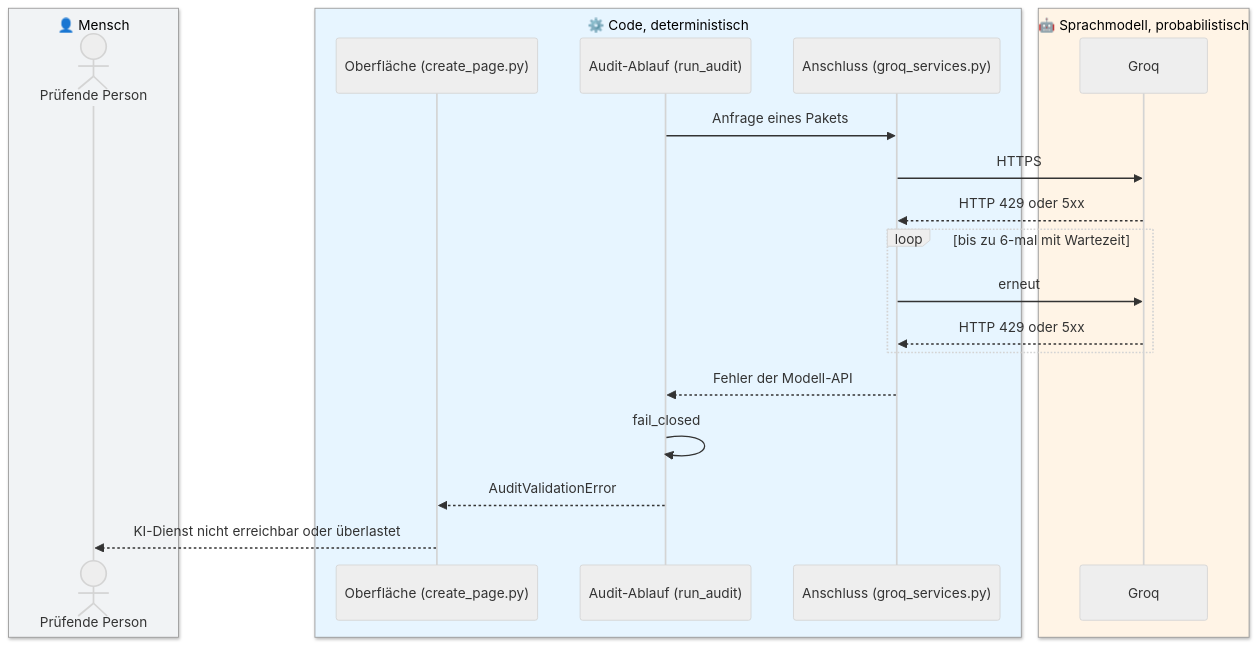
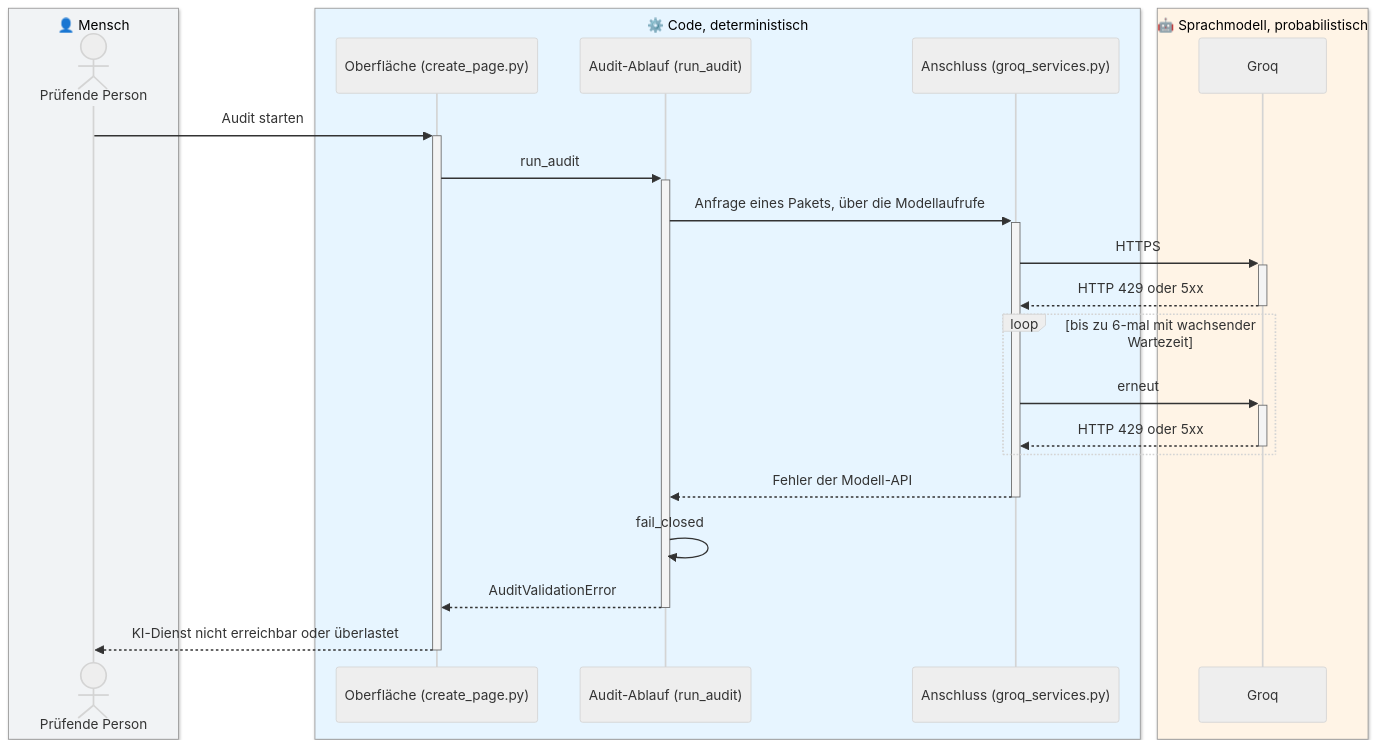
Diagram 23 of 25 in docs/ARCHITECTURE.md (Daniel74/GovGuard), drawn with Mermaid (neutral theme) before and after one commit. The commit also changed other lines of this file and 8 other files, not shown here.

Commit message:
#73 Architecture - second version

````diff
--- a/docs/ARCHITECTURE.md
+++ b/docs/ARCHITECTURE.md
@@ -1555,25 +2124,27 @@
 ```mermaid
 sequenceDiagram
   box rgb(241,243,245) 👤 Mensch
     actor P as Prüfende Person
   end
   box rgb(231,245,255) ⚙️ Code, deterministisch
     participant UI as Oberfläche (create_page.py)
     participant AE as Audit-Ablauf (run_audit)
     participant AN as Anschluss (groq_services.py)
   end
   box rgb(255,244,230) 🤖 Sprachmodell, probabilistisch
     participant M as Groq
   end
-  AE->>AN: Anfrage eines Pakets
-  AN->>M: HTTPS
-  M-->>AN: HTTP 429 oder 5xx
-  loop bis zu 6-mal mit Wartezeit
-    AN->>M: erneut
-    M-->>AN: HTTP 429 oder 5xx
+  P->>+UI: Audit starten
+  UI->>+AE: run_audit
+  AE->>+AN: Anfrage eines Pakets, über die Modellaufrufe
+  AN->>+M: HTTPS
+  M-->>-AN: HTTP 429 oder 5xx
+  loop bis zu 6-mal mit wachsender Wartezeit
+    AN->>+M: erneut
+    M-->>-AN: HTTP 429 oder 5xx
   end
-  AN-->>AE: Fehler der Modell-API
+  AN-->>-AE: Fehler der Modell-API
   AE->>AE: fail_closed
-  AE-->>UI: AuditValidationError
-  UI-->>P: KI-Dienst nicht erreichbar oder überlastet
+  AE-->>-UI: AuditValidationError
+  UI-->>-P: KI-Dienst nicht erreichbar oder überlastet
 ```
````
